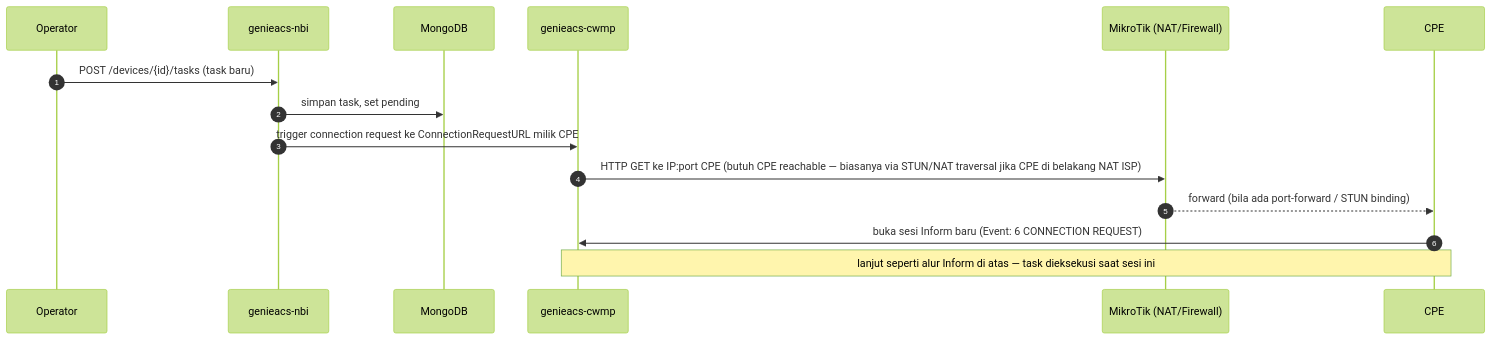
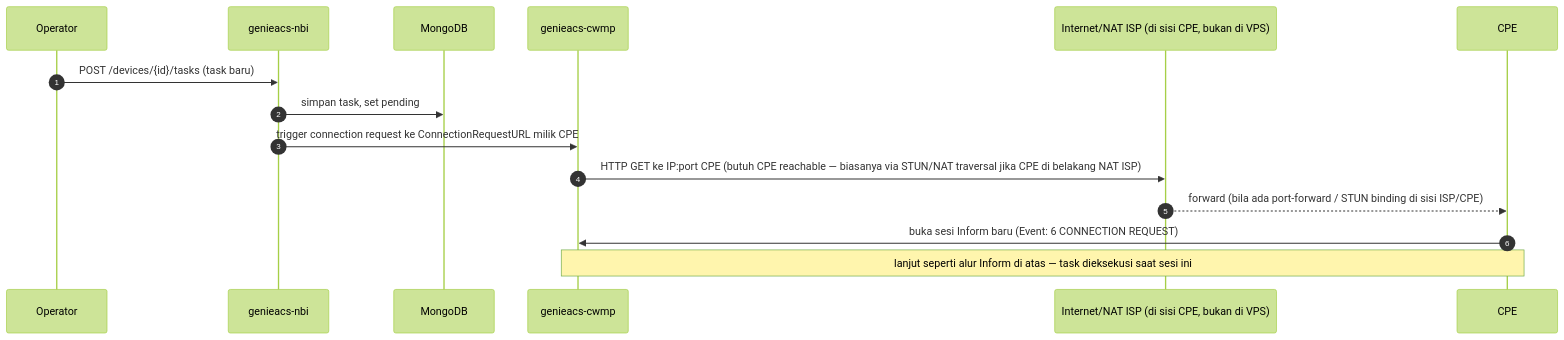
Before and after one commit to warungbudina-digital/akses-vps: the second of 3 diagrams in docs/04-tr069-request-flow.md, drawn with Mermaid (forest theme). The commit also changed other lines of this file and 12 other files, not shown here.

````diff
--- a/docs/04-tr069-request-flow.md
+++ b/docs/04-tr069-request-flow.md
@@ -36,18 +36,18 @@
 ```mermaid
 sequenceDiagram
     autonumber
     participant Operator
     participant NBI as genieacs-nbi
     participant DB as MongoDB
     participant CWMP as genieacs-cwmp
-    participant MT as MikroTik (NAT/Firewall)
+    participant NET as Internet/NAT ISP (di sisi CPE, bukan di VPS)
     participant CPE
 
     Operator->>NBI: POST /devices/{id}/tasks (task baru)
     NBI->>DB: simpan task, set pending
     NBI->>CWMP: trigger connection request ke ConnectionRequestURL milik CPE
-    CWMP->>MT: HTTP GET ke IP:port CPE (butuh CPE reachable — biasanya via STUN/NAT traversal jika CPE di belakang NAT ISP)
-    MT-->>CPE: forward (bila ada port-forward / STUN binding)
+    CWMP->>NET: HTTP GET ke IP:port CPE (butuh CPE reachable — biasanya via STUN/NAT traversal jika CPE di belakang NAT ISP)
+    NET-->>CPE: forward (bila ada port-forward / STUN binding di sisi ISP/CPE)
     CPE->>CWMP: buka sesi Inform baru (Event: 6 CONNECTION REQUEST)
     Note over CWMP,CPE: lanjut seperti alur Inform di atas — task dieksekusi saat sesi ini
 ```
````
